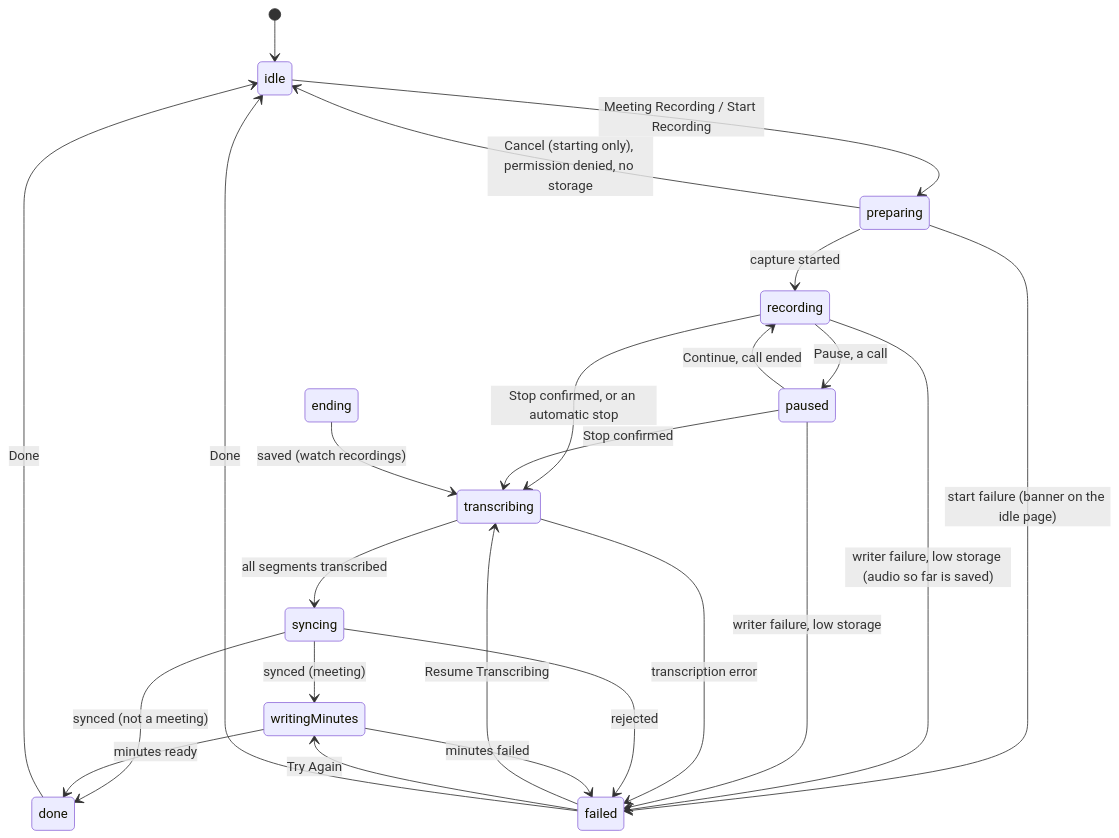
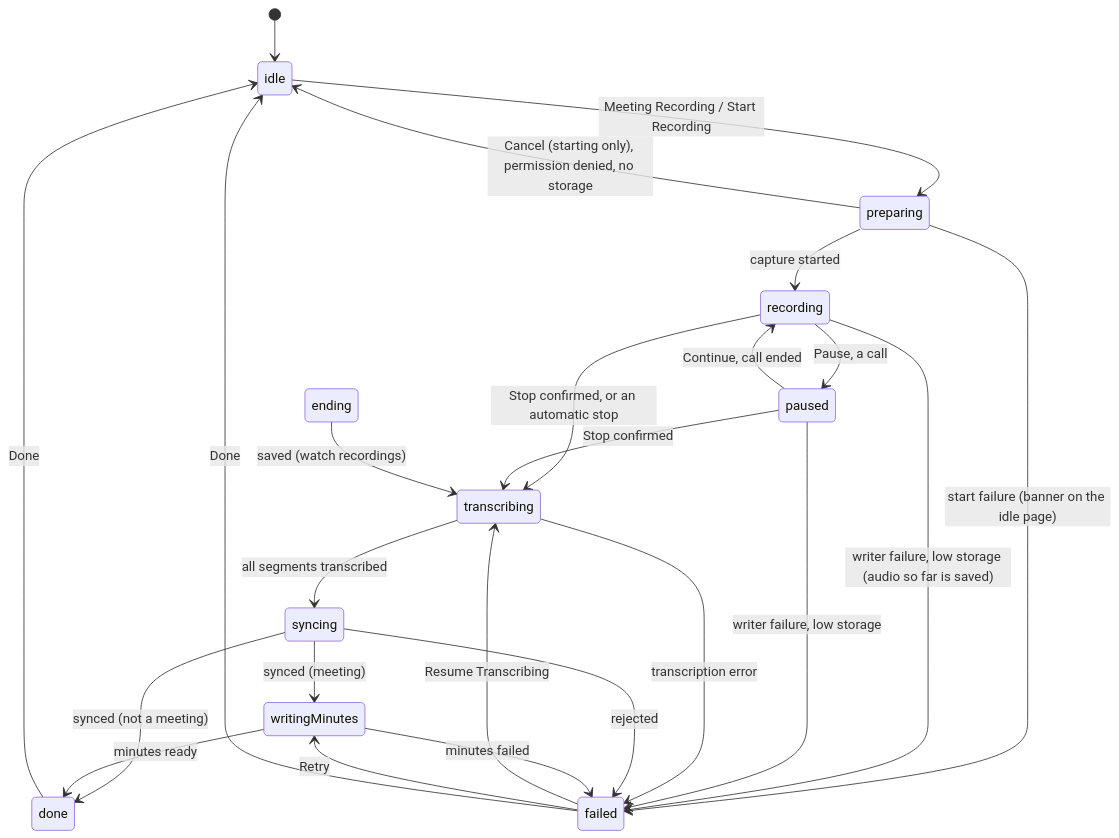
The diagram in docs/design/proposals/meeting-recording.md (nwverse/persona), drawn with Mermaid before and after one commit. The commit also changed other lines of this file and 13 other files, not shown here.

````diff
--- a/docs/design/proposals/meeting-recording.md
+++ b/docs/design/proposals/meeting-recording.md
@@ -440,26 +438,26 @@
 ```mermaid
 stateDiagram-v2
     [*] --> idle
     idle --> preparing: Meeting Recording / Start Recording
     preparing --> idle: Cancel (starting only), permission denied, no storage
     preparing --> recording: capture started
     preparing --> failed: start failure (banner on the idle page)
     recording --> paused: Pause, a call
     paused --> recording: Continue, call ended
     recording --> transcribing: Stop confirmed, or an automatic stop
     paused --> transcribing: Stop confirmed
     recording --> failed: writer failure, low storage (audio so far is saved)
     paused --> failed: writer failure, low storage
     ending --> transcribing: saved (watch recordings)
     transcribing --> syncing: all segments transcribed
     syncing --> writingMinutes: synced (meeting)
     syncing --> done: synced (not a meeting)
     writingMinutes --> done: minutes ready
     transcribing --> failed: transcription error
     syncing --> failed: rejected
     writingMinutes --> failed: minutes failed
     failed --> transcribing: Resume Transcribing
-    failed --> writingMinutes: Try Again
+    failed --> writingMinutes: Retry
     done --> idle: Done
     failed --> idle: Done
 ```
````
